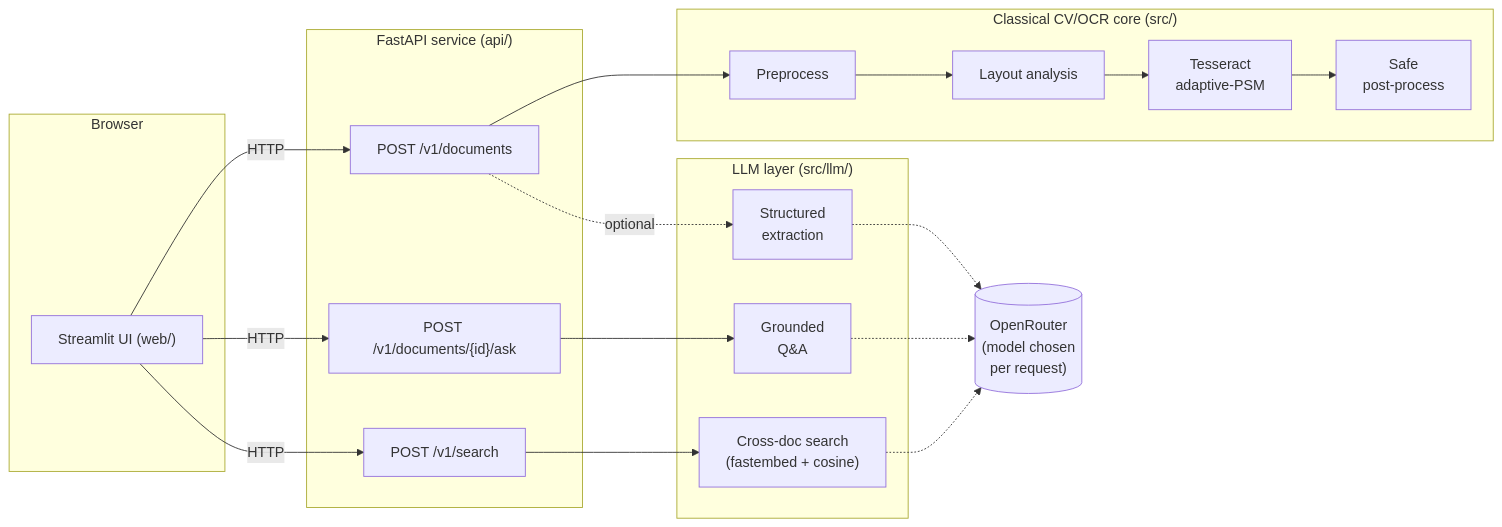
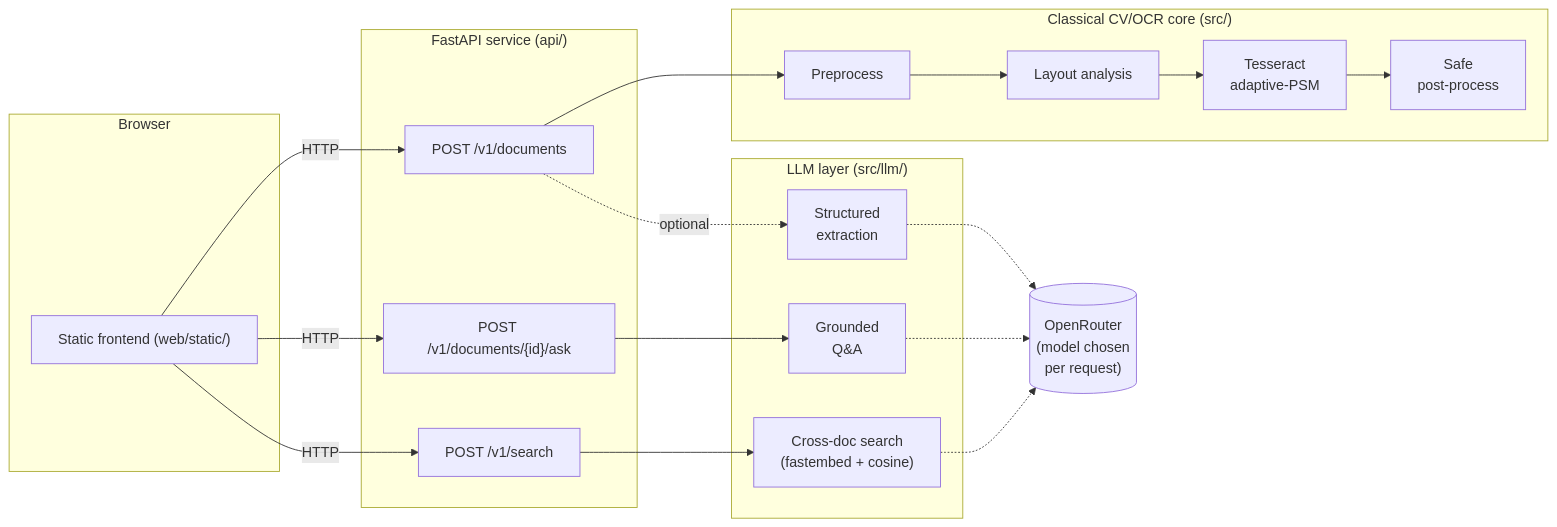
One commit to JeganT143/Automated-Document-Analysis-and-OCR-System-for-Multi-Format-Documents changed the diagram in README.md. Above: the diagram before and after it, drawn with Mermaid. The commit also changed other lines of this file and 20 other files, not shown here.

First line of the commit message:
feat: replace Streamlit UI with a static frontend, target AWS Lambda deploy

````diff
--- a/README.md
+++ b/README.md
@@ -68,31 +67,31 @@
 ```mermaid
 flowchart LR
     subgraph Browser
-        UI["Streamlit UI (web/)"]
+        UI["Static frontend (web/static/)"]
     end
 
     subgraph api["FastAPI service (api/)"]
         EP1["POST /v1/documents"]
         EP2["POST /v1/documents/{id}/ask"]
         EP3["POST /v1/search"]
     end
 
     subgraph cv["Classical CV/OCR core (src/)"]
         PRE[Preprocess] --> LAY[Layout analysis] --> OCR["Tesseract\nadaptive-PSM"] --> POST["Safe\npost-process"]
     end
 
     subgraph llm["LLM layer (src/llm/)"]
         EXT["Structured\nextraction"]
         QA["Grounded\nQ&A"]
         RAG["Cross-doc search\n(fastembed + cosine)"]
     end
 
     OR[("OpenRouter\n(model chosen\nper request)")]
 
     UI -- HTTP --> EP1 & EP2 & EP3
     EP1 --> PRE
     EP1 -. optional .-> EXT
     EP2 --> QA
     EP3 --> RAG
     EXT & QA & RAG -.-> OR
 ```
````
